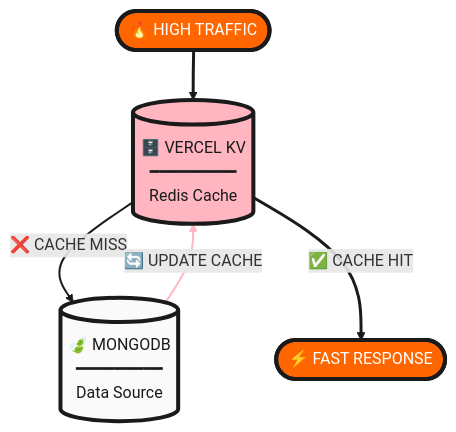
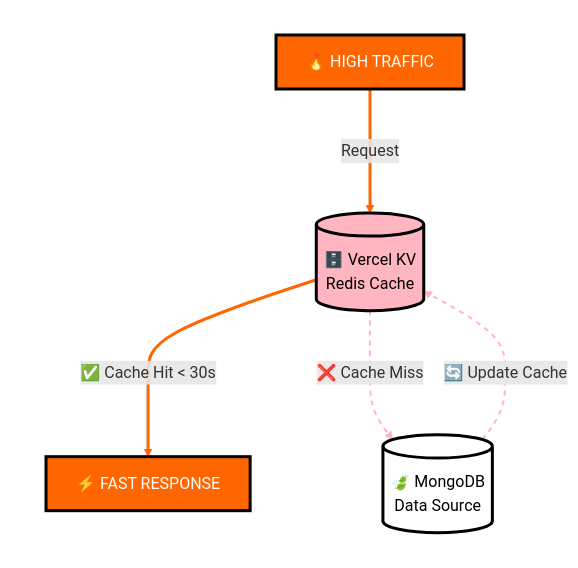
The second of 2 diagrams in README.md (SujalAgrawal08/SahayakX), drawn with Mermaid before and after one commit.

````diff
--- a/README.md
+++ b/README.md
@@ -223,25 +223,38 @@
 ```mermaid
-flowchart TB
-    A([🔥 HIGH TRAFFIC])
+flowchart TD
+    subgraph INPUT[" "]
+        A[🔥 HIGH TRAFFIC]
+    end
     
-    B[(🗄️ VERCEL KV<br/>━━━━━━━━━<br/>Redis Cache)]
+    subgraph CACHE[" "]
+        B[(🗄️ Vercel KV<br/>Redis Cache)]
+    end
     
-    C[(🍃 MONGODB<br/>━━━━━━━━━<br/>Data Source)]
+    subgraph DATABASE[" "]
+        C[(🍃 MongoDB<br/>Data Source)]
+    end
     
-    D([⚡ FAST RESPONSE])
+    subgraph OUTPUT[" "]
+        D[⚡ FAST RESPONSE]
+    end
 
-    A --> B
-    B -->|"❌ CACHE MISS"| C
-    C -->|"🔄 UPDATE CACHE"| B
-    B -->|"✅ CACHE HIT"| D
+    A ==>|"Request"| B
+    B -.->|"❌ Cache Miss"| C
+    C -.->|"🔄 Update Cache"| B
+    B ==>|"✅ Cache Hit < 30s"| D
 
-    style A fill:#FF6600,stroke:#1a1a1a,color:#FFFFFF,stroke-width:4px
-    style B fill:#FFB6C1,stroke:#1a1a1a,color:#1a1a1a,stroke-width:4px
-    style C fill:#FAFAFA,stroke:#1a1a1a,color:#1a1a1a,stroke-width:4px
-    style D fill:#FF6600,stroke:#1a1a1a,color:#FFFFFF,stroke-width:4px
+    style A fill:#FF6600,stroke:#000000,color:#FFFFFF,stroke-width:3px
+    style B fill:#FFB6C1,stroke:#000000,color:#000000,stroke-width:3px
+    style C fill:#FFFFFF,stroke:#000000,color:#000000,stroke-width:3px
+    style D fill:#FF6600,stroke:#000000,color:#FFFFFF,stroke-width:3px
+    
+    style INPUT fill:none,stroke:none
+    style CACHE fill:none,stroke:none
+    style DATABASE fill:none,stroke:none
+    style OUTPUT fill:none,stroke:none
 
-    linkStyle 0 stroke:#1a1a1a,stroke-width:3px
-    linkStyle 1 stroke:#1a1a1a,stroke-width:2px
-    linkStyle 2 stroke:#FFB6C1,stroke-width:2px
-    linkStyle 3 stroke:#1a1a1a,stroke-width:3px
+    linkStyle 0 stroke:#FF6600,stroke-width:3px
+    linkStyle 1 stroke:#FFB6C1,stroke-width:2px,stroke-dasharray:5
+    linkStyle 2 stroke:#FFB6C1,stroke-width:2px,stroke-dasharray:5
+    linkStyle 3 stroke:#FF6600,stroke-width:3px
 ```
````
